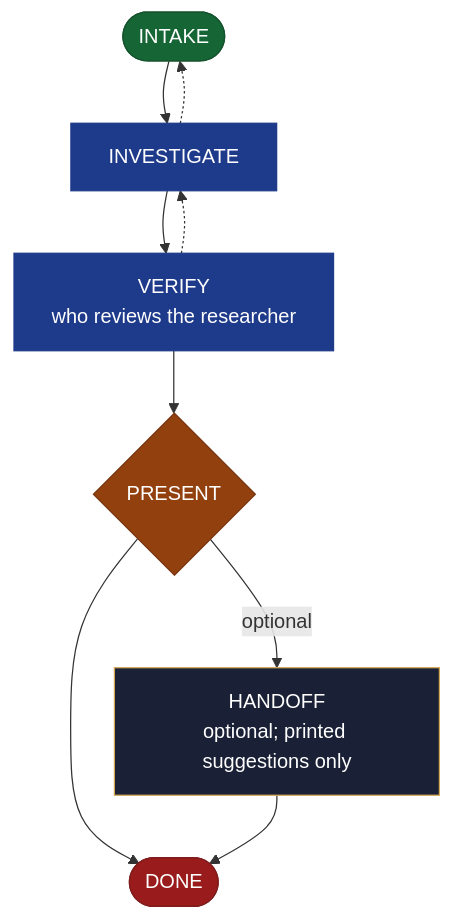
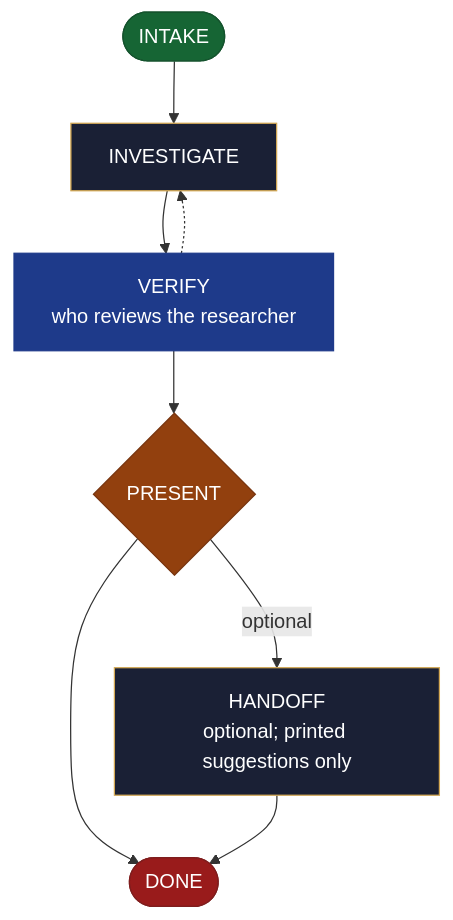
Before and after one commit to AndreVianna/aid-methodology: the diagram in site/src/content/docs/skills/aid-research.md, drawn with Mermaid. The commit also changed other lines of this file and 15 other files, not shown here.

````diff
--- a/site/src/content/docs/skills/aid-research.md
+++ b/site/src/content/docs/skills/aid-research.md
@@ -20,35 +20,34 @@
 ```mermaid
 flowchart TB
   classDef aidNode color:#fff
   classDef aidEntry fill:#166534,stroke:#14532d,color:#fff
   classDef aidExit fill:#991b1b,stroke:#7f1d1d,color:#fff
   classDef aidDecision fill:#92400e,stroke:#78350f,color:#fff
   classDef aidLoopBack fill:#1e3a8a,stroke:#1e3a8a,color:#fff
   classDef aidStep fill:#1a2035,stroke:#d4a853,color:#f1f5f9
   n1(["INTAKE"])
   n2["INVESTIGATE"]
   n3["VERIFY<br/>who reviews the researcher"]
   n4{"PRESENT"}
   n5["HANDOFF<br/>optional; printed suggestions only"]
   n6(["DONE"])
   n1 --> n2
-  n2 -.-> n1
   n2 --> n3
   n3 -.-> n2
   n3 --> n4
   n4 -->|"optional"| n5
   n4 --> n6
   n5 --> n6
   class n1 aidEntry
-  class n2 aidLoopBack
+  class n2 aidStep
   class n3 aidLoopBack
   class n4 aidDecision
   class n5 aidStep
   class n6 aidExit
   class n1 aidNode
   class n2 aidNode
   class n3 aidNode
   class n4 aidNode
   class n5 aidNode
   class n6 aidNode
 ```
````
